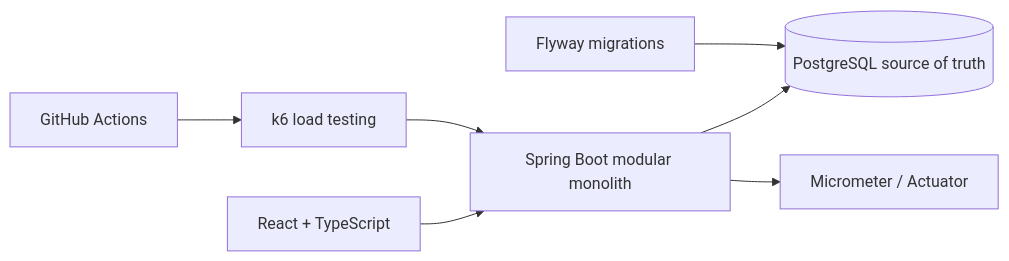
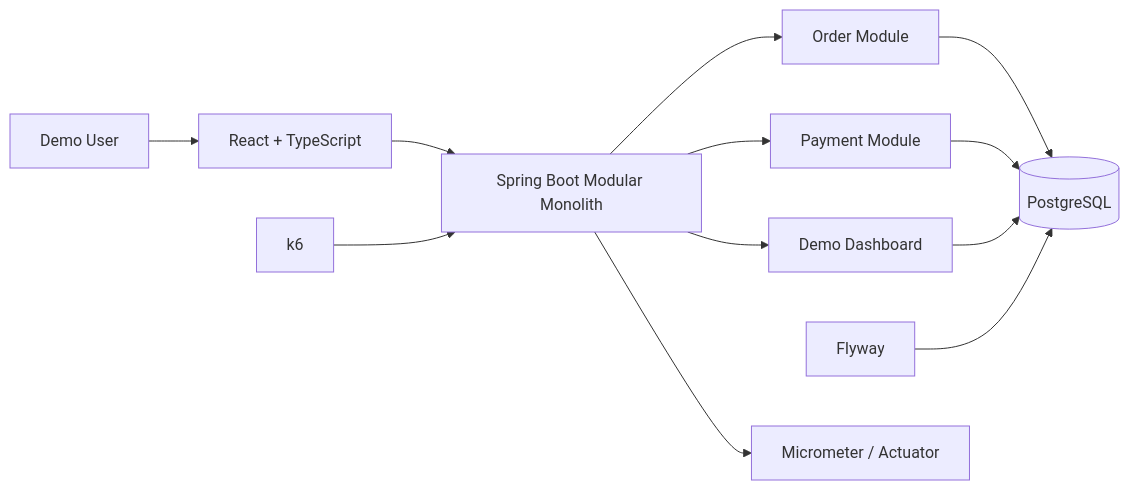
Before and after one commit to Chikachi00/TicketForge: the first of 2 diagrams in README.en.md, drawn with Mermaid. The commit also changed other lines of this file and 2 other files, not shown here.

````diff
--- a/README.en.md
+++ b/README.en.md
@@ -25,9 +164,14 @@
 ```mermaid
 flowchart LR
-  React[React + TypeScript] --> API[Spring Boot modular monolith]
-  API --> PG[(PostgreSQL source of truth)]
-  API --> Actuator[Micrometer / Actuator]
-  Flyway[Flyway migrations] --> PG
-  K6[k6 load testing] --> API
-  Actions[GitHub Actions] --> K6
+    User[Demo User] --> React[React + TypeScript]
+    React --> API[Spring Boot Modular Monolith]
+    API --> Order[Order Module]
+    API --> Payment[Payment Module]
+    API --> Demo[Demo Dashboard]
+    Order --> PostgreSQL[(PostgreSQL)]
+    Payment --> PostgreSQL
+    Demo --> PostgreSQL
+    Flyway[Flyway] --> PostgreSQL
+    K6[k6] --> API
+    API --> Metrics[Micrometer / Actuator]
 ```
````
